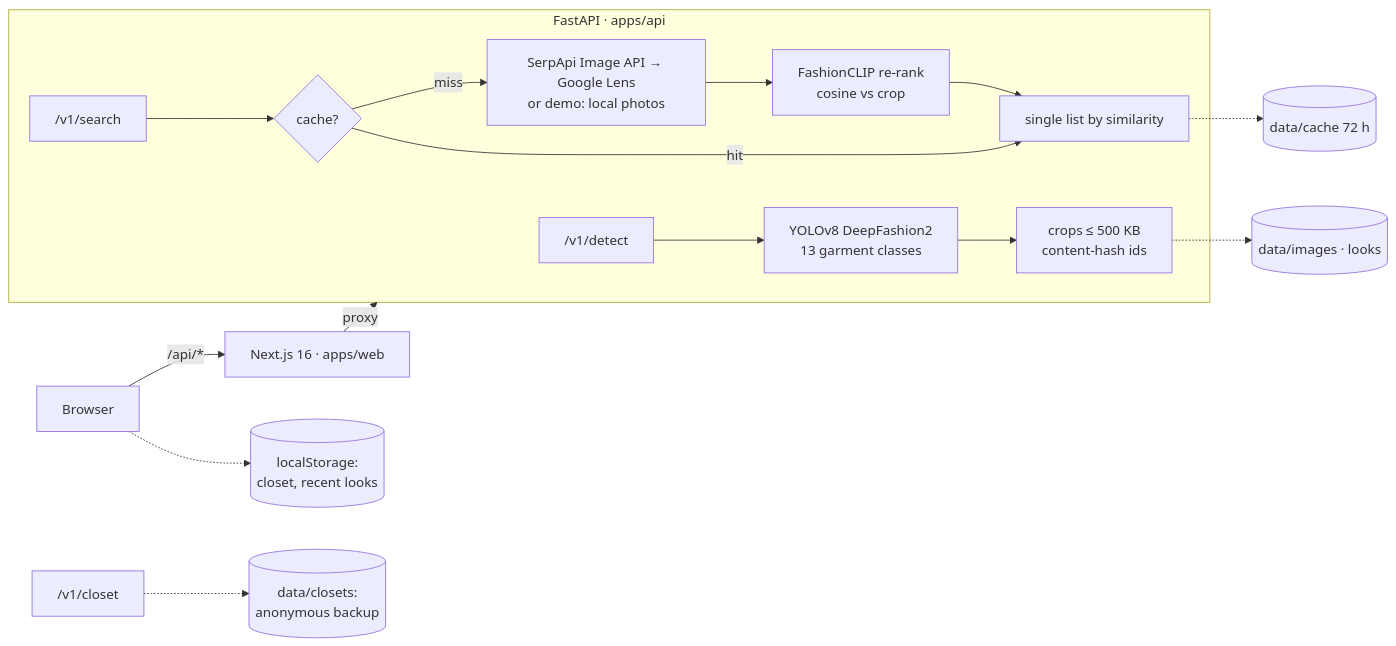
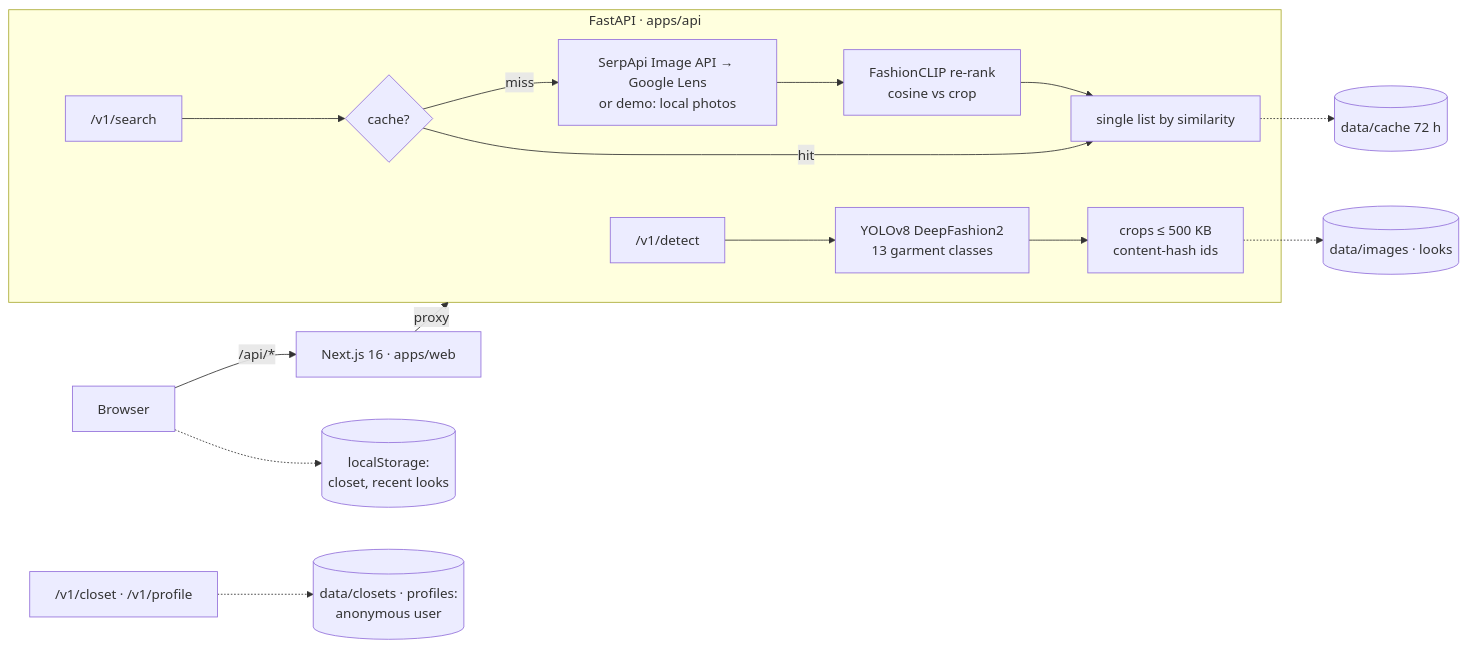
The diagram in README.md (matiasbellidor/Vibear-), drawn with Mermaid before and after one commit. The commit also changed other lines of this file and 12 other files, not shown here.

````diff
--- a/README.md
+++ b/README.md
@@ -37,18 +85,18 @@
 ```mermaid
 flowchart LR
     B[Browser] -->|/api/*| N[Next.js 16 · apps/web]
     N -->|proxy| A
     subgraph A [FastAPI · apps/api]
         D["/v1/detect"] --> Y[YOLOv8 DeepFashion2<br/>13 garment classes]
         Y --> C[crops ≤ 500 KB<br/>content-hash ids]
         S["/v1/search"] --> K{cache?}
         K -- miss --> L[SerpApi Image API → Google Lens<br/>or demo: local photos]
         L --> E[FashionCLIP re-rank<br/>cosine vs crop]
         K -- hit --> R
         E --> R[single list by similarity]
     end
     C -.-> FS[(data/images · looks)]
     R -.-> FC[(data/cache 72 h)]
     B -.-> LS[(localStorage:<br/>closet, recent looks)]
-    CL["/v1/closet"] -.-> FK[(data/closets:<br/>anonymous backup)]
+    CL["/v1/closet · /v1/profile"] -.-> FK[(data/closets · profiles:<br/>anonymous user)]
 ```
````
